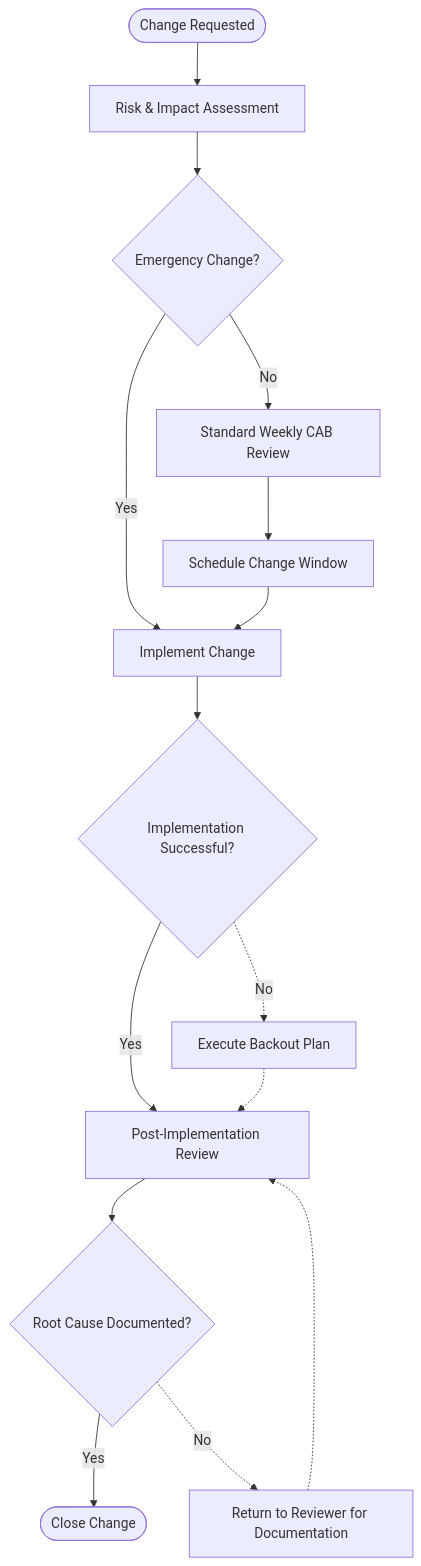
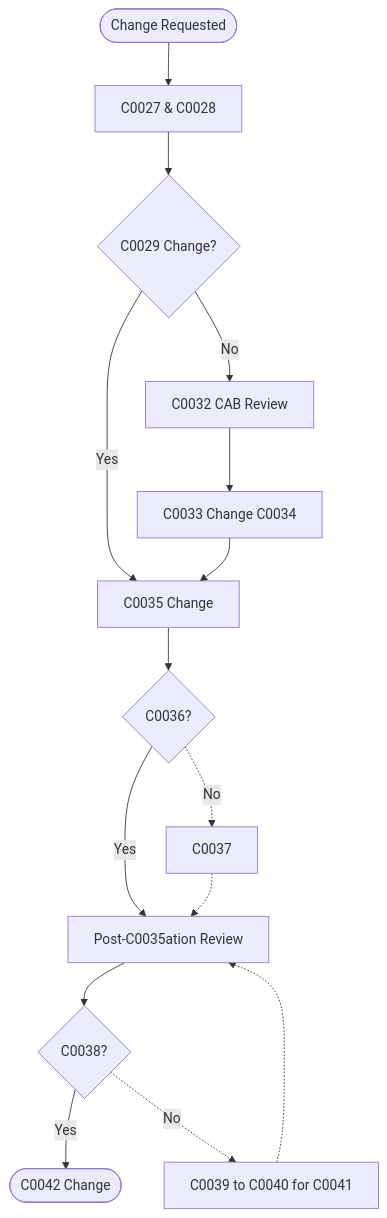
The diagram in drawio_DRAWIO.mmd (callgenix/bpm-diagrams), drawn with Mermaid before and after one commit.

Commit message:
[ITSEC-003] Removed node N4 ("C0030 CAB C0031") as requested — DRAWIO

```diff
--- a/drawio_DRAWIO.mmd
+++ b/drawio_DRAWIO.mmd
@@ -1,41 +1,56 @@
 flowchart TD
-n1(["Change Requested"])
-n2["Risk & Impact Assessment"]
-n3{"Emergency Change?"}
-n5["Standard Weekly CAB Review"]
-n7["Schedule Change Window"]
-n6["Implement Change"]
-n8{"Implementation Successful?"}
-n10["Execute Backout Plan"]
-n9["Post-Implementation Review"]
-n12{"Root Cause Documented?"}
-n13["Return to Reviewer for Documentation"]
-n11(["Close Change"])
+ START(["Change Requested"])
+ %% R01
+ N2["C0027 & C0028"]
+ %% R01
+ N3{"C0029 Change?"}
+ %% R01
+ N5["C0032 CAB Review"]
+ %% R02
+ N7["C0033 Change C0034"]
+ %% R02
+ N6["C0035 Change"]
+ %% R01
+ N8{"C0036?"}
+ %% R01
+ N10["C0037"]
+ %% R01
+ N9["Post-C0035ation Review"]
+ %% R01
+ N12{"C0038?"}
+ %% R01
+ N13["C0039 to C0040 for C0041"]
+ %% R01
+ END(["C0042 Change"])
+ %% R01
 
-n1 --> n2
-n2 --> n3
-%% ⚡ CHANGED SECTION — removed n4 node, rerouted Yes branch from n3 directly to n6
-n3 -->|Yes| n6
-%% END CHANGED SECTION
-n3 -->|No| n5
-n5 --> n7
-n7 --> n6
-n6 --> n8
-n8 -->|Yes| n9
-n8 -.->|No| n10
-n10 -.-> n9
-n9 --> n12
-n12 -->|Yes| n11
-n12 -.->|No| n13
-n13 -.-> n9
+ START --> N2
+ N2 --> N3
+ %% [1] start
+ N3 -->|Yes| N6
+ %% [1] end
+ N3 -->|No| N5
+ N5 --> N7
+ N7 --> N6
+ N6 --> N8
+ N8 -->|Yes| N9
+ N8 -.->|No| N10
+ N10 -.-> N9
+ N9 --> N12
+ N12 -->|Yes| END
+ N12 -.->|No| N13
+ N13 -.-> N9
 
 %% EXPLANATION:
-%% This diagram documents an IT change management workflow, including
-%% Change Advisory Board (CAB) review, emergency change approval branches,
-%% implementation, and post-implementation review steps.
+%% This diagram represents an IT Service Management (ITSM) Emergency
+%% Change Request process, covering request intake, a fast-track
+%% versus standard Change Advisory Board (CAB) review decision,
+%% implementation, and iterative post-implementation review before
+%% final closure.
 
 %% ═══ ROLES ═══
-%% R01 Change Requester/Process Owner
+%% R01 Change Requester / Change Manager
+%% R02 Change Advisory Board (CAB)
 
 %% ═══ CHANGE LOG ═══
-%% [1] Removed CAB Approval node — Deleted n4 "Expedited CAB Approval" and rerouted the "Yes" branch from n3 directly to n6 to preserve flow continuity.
+%% [1] Removed CAB C0031 node — Removed node N4 ("C0030 CAB C0031") per request and rerouted the "Yes" branch from N3 directly to N6 to preserve flow continuity.
```
